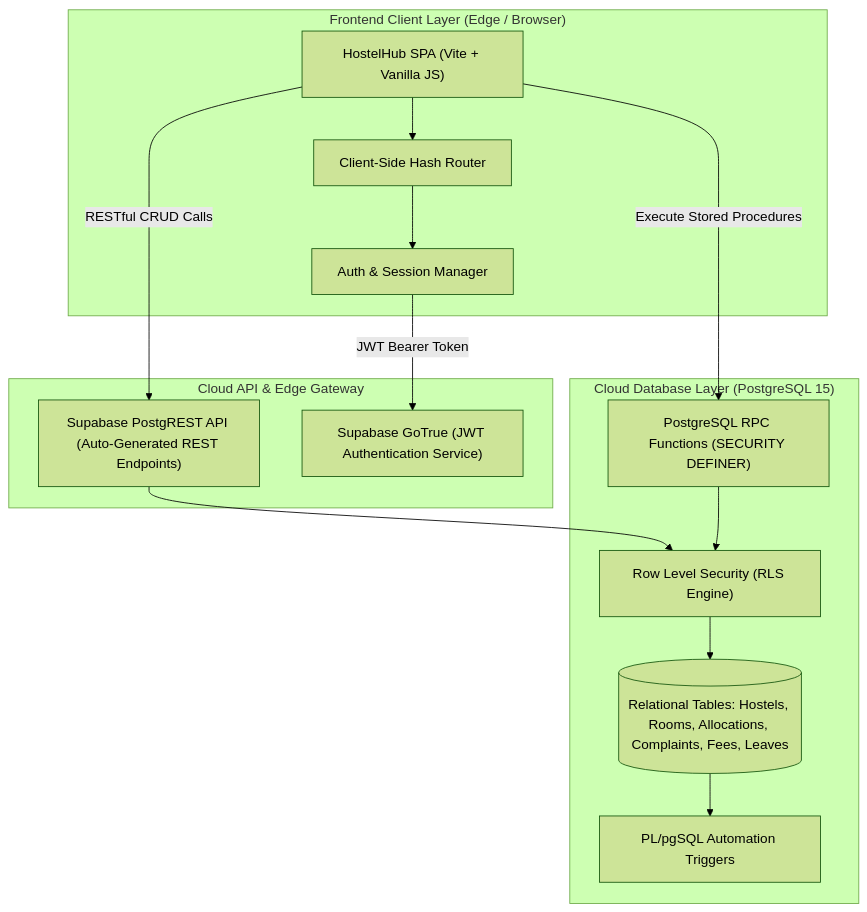
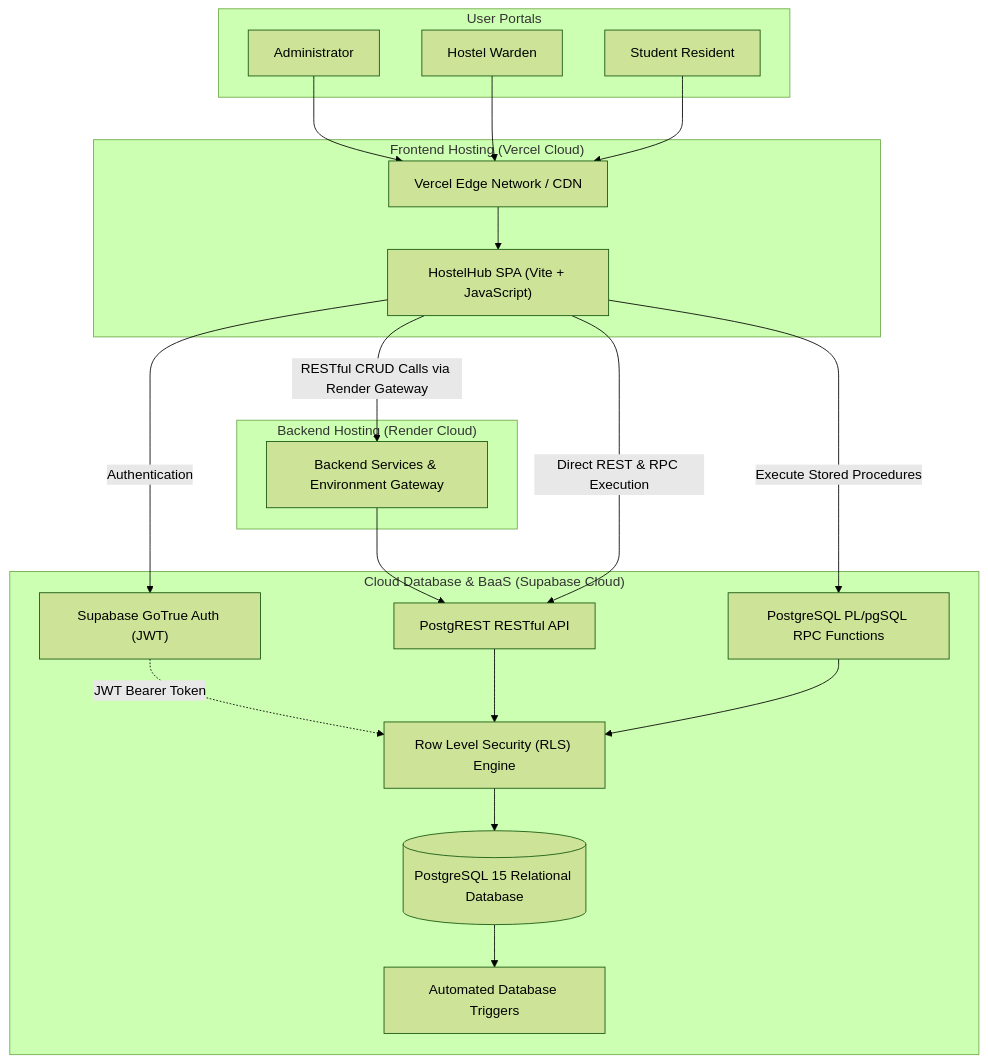
Before and after one commit to V-M-123/hostel-management: the first of 2 diagrams in README.md, drawn with Mermaid (forest theme). The commit also changed other lines of this file and 1 other file, not shown here.

````diff
--- a/README.md
+++ b/README.md
@@ -32,30 +23,43 @@
 ```mermaid
 flowchart TB
-    subgraph ClientLayer["Frontend Client Layer (Edge / Browser)"]
-        UI["HostelHub SPA (Vite + Vanilla JS)"]
-        Router["Client-Side Hash Router"]
-        AuthStore["Auth & Session Manager"]
+    subgraph Clients["User Portals"]
+        Admin["Administrator"]
+        Warden["Hostel Warden"]
+        Student["Student Resident"]
     end
 
-    subgraph CloudGateway["Cloud API & Edge Gateway"]
-        PostgREST["Supabase PostgREST API (Auto-Generated REST Endpoints)"]
-        GoTrue["Supabase GoTrue (JWT Authentication Service)"]
+    subgraph Vercel["Frontend Hosting (Vercel Cloud)"]
+        CDN["Vercel Edge Network / CDN"]
+        SPA["HostelHub SPA (Vite + JavaScript)"]
     end
 
-    subgraph DatabaseLayer["Cloud Database Layer (PostgreSQL 15)"]
-        RLS["Row Level Security (RLS Engine)"]
-        Triggers["PL/pgSQL Automation Triggers"]
-        RPC["PostgreSQL RPC Functions (SECURITY DEFINER)"]
-        Tables[(Relational Tables: Hostels, Rooms, Allocations, Complaints, Fees, Leaves)]
+    subgraph Render["Backend Hosting (Render Cloud)"]
+        BackendEnv["Backend Services & Environment Gateway"]
     end
 
-    UI --> Router
-    Router --> AuthStore
-    AuthStore -->|JWT Bearer Token| GoTrue
-    UI -->|RESTful CRUD Calls| PostgREST
-    UI -->|Execute Stored Procedures| RPC
-    PostgREST --> RLS
+    subgraph Supabase["Cloud Database & BaaS (Supabase Cloud)"]
+        Auth["Supabase GoTrue Auth (JWT)"]
+        REST["PostgREST RESTful API"]
+        RPC["PostgreSQL PL/pgSQL RPC Functions"]
+        RLS["Row Level Security (RLS) Engine"]
+        Triggers["Automated Database Triggers"]
+        DB[(PostgreSQL 15 Relational Database)]
+    end
+
+    Admin --> CDN
+    Warden --> CDN
+    Student --> CDN
+    CDN --> SPA
+
+    SPA -->|Authentication| Auth
+    SPA -->|RESTful CRUD Calls via Render Gateway| BackendEnv
+    BackendEnv --> REST
+    SPA -->|Direct REST & RPC Execution| REST
+    SPA -->|Execute Stored Procedures| RPC
+
+    Auth -.->|JWT Bearer Token| RLS
+    REST --> RLS
     RPC --> RLS
-    RLS --> Tables
-    Tables --> Triggers
+    RLS --> DB
+    DB --> Triggers
 ```
````
